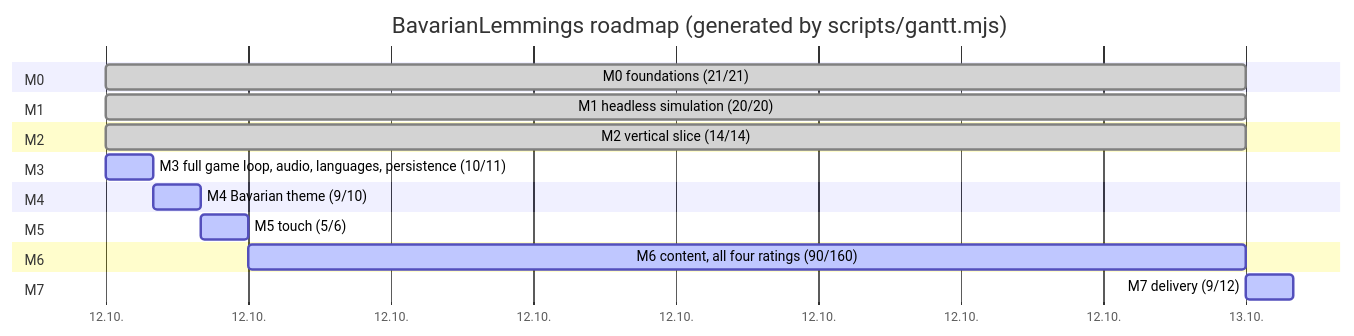
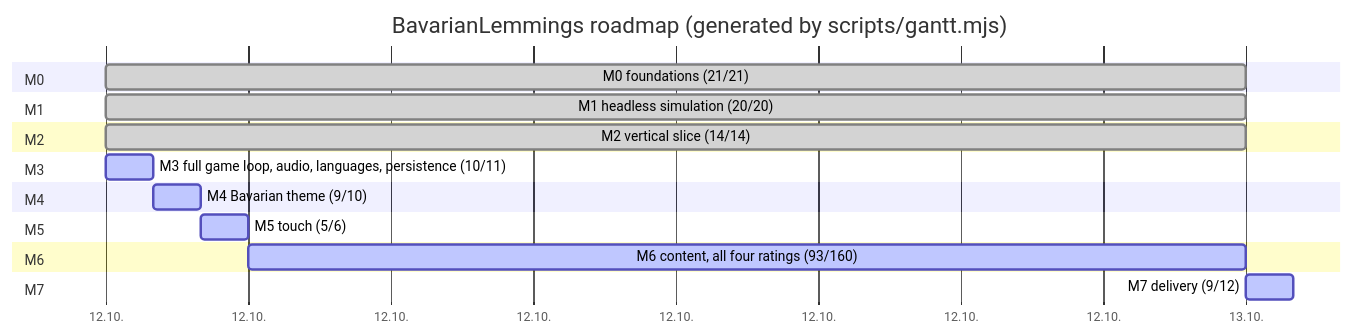
The diagram in plan.md (marcelpetrick/BavarianLemmings), drawn with Mermaid before and after one commit. The commit also changed other lines of this file and 15 other files, not shown here.

````diff
--- a/plan.md
+++ b/plan.md
@@ -43,22 +43,22 @@
 ```mermaid
 gantt
     title BavarianLemmings roadmap (generated by scripts/gantt.mjs)
     dateFormat  YYYY-MM-DD
     axisFormat  %d.%m.
     section M0
     M0 foundations (21/21) :done, m0, 2026-10-12, 1d
     section M1
     M1 headless simulation (20/20) :done, m1, 2026-10-12, 1d
     section M2
     M2 vertical slice (14/14) :done, m2, 2026-10-12, 1d
     section M3
     M3 full game loop, audio, languages, persistence (10/11) :active, m3, 2026-10-12, 1h
     section M4
     M4 Bavarian theme (9/10) :active, m4, after m3, 1h
     section M5
     M5 touch (5/6) :active, m5, after m4, 1h
     section M6
-    M6 content, all four ratings (90/160) :active, m6, after m5, 21h
+    M6 content, all four ratings (93/160) :active, m6, after m5, 21h
     section M7
     M7 delivery (9/12) :active, m7, after m6, 1h
 ```
````
